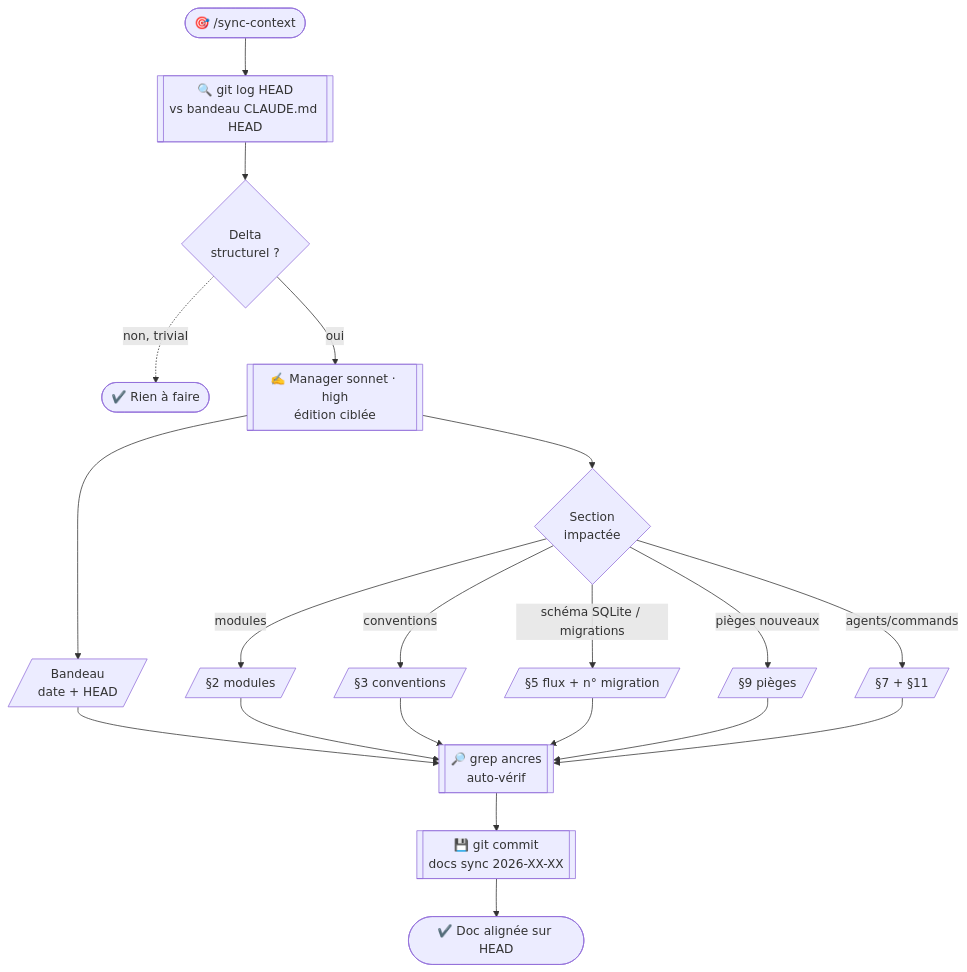
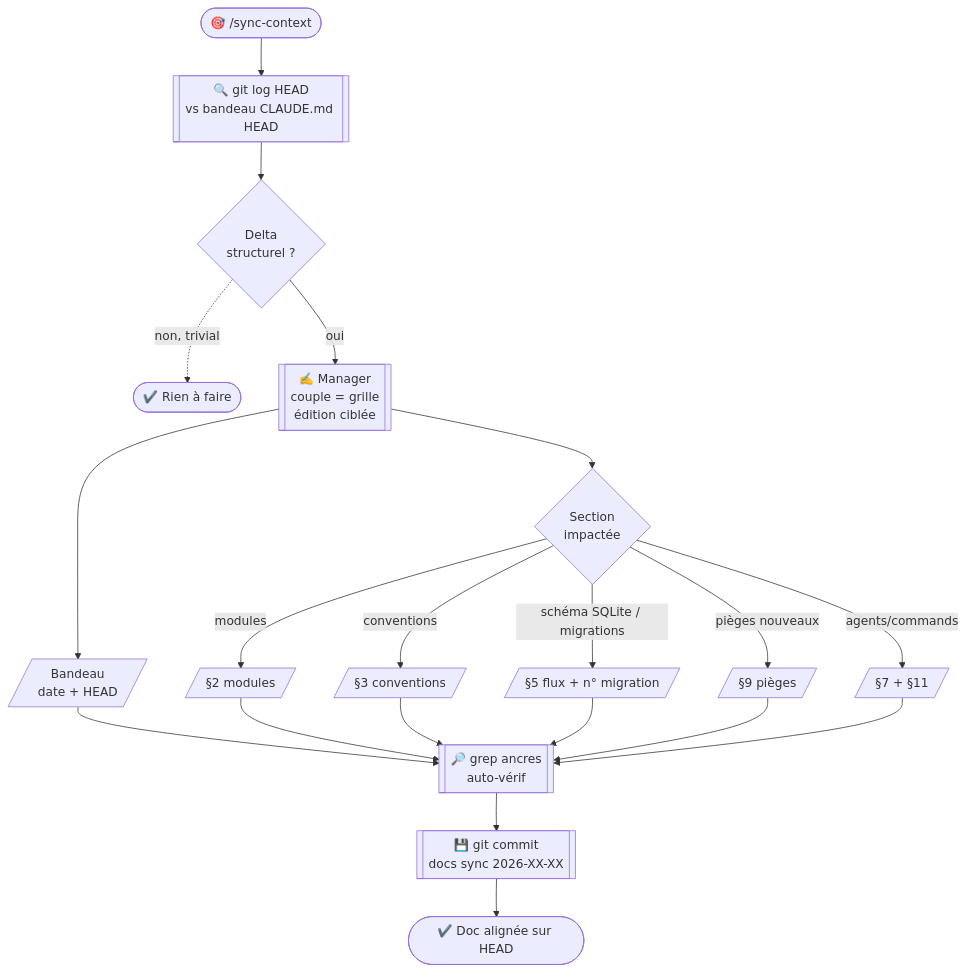
Before and after one commit to ChakirHamzaChahid/Plexhub-Backend: the fifth of 10 diagrams in .claude/WORKFLOWS-DIAGRAMS.md, drawn with Mermaid. The commit also changed other lines of this file and 33 other files, not shown here.

````diff
--- a/.claude/WORKFLOWS-DIAGRAMS.md
+++ b/.claude/WORKFLOWS-DIAGRAMS.md
@@ -118,17 +121,17 @@
 ```mermaid
 flowchart TD
   T([🎯 /sync-context]) --> DIFF[[🔍 git log HEAD<br/>vs bandeau CLAUDE.md HEAD]]
   DIFF --> CHECK{Delta<br/>structurel ?}
   CHECK -.->|non, trivial| END([✔️ Rien à faire])
-  CHECK -->|oui| MGR[[✍️ Manager sonnet · high<br/>édition ciblée]]
+  CHECK -->|oui| MGR[[✍️ Manager<br/>couple = grille<br/>édition ciblée]]
   MGR --> B[/Bandeau<br/>date + HEAD/]
   MGR --> S{Section<br/>impactée}
   S -->|modules| S2[/§2 modules/]
   S -->|schéma SQLite / migrations| S5[/§5 flux + n° migration/]
   S -->|conventions| S3[/§3 conventions/]
   S -->|pièges nouveaux| S9[/§9 pièges/]
   S -->|agents/commands| SB[/§7 + §11/]
   B & S2 & S3 & S5 & S9 & SB --> V[[🔎 grep ancres<br/>auto-vérif]]
   V --> COMMIT[[💾 git commit<br/>docs sync 2026-XX-XX]]
   COMMIT --> END2([✔️ Doc alignée sur HEAD])
 ```
````
